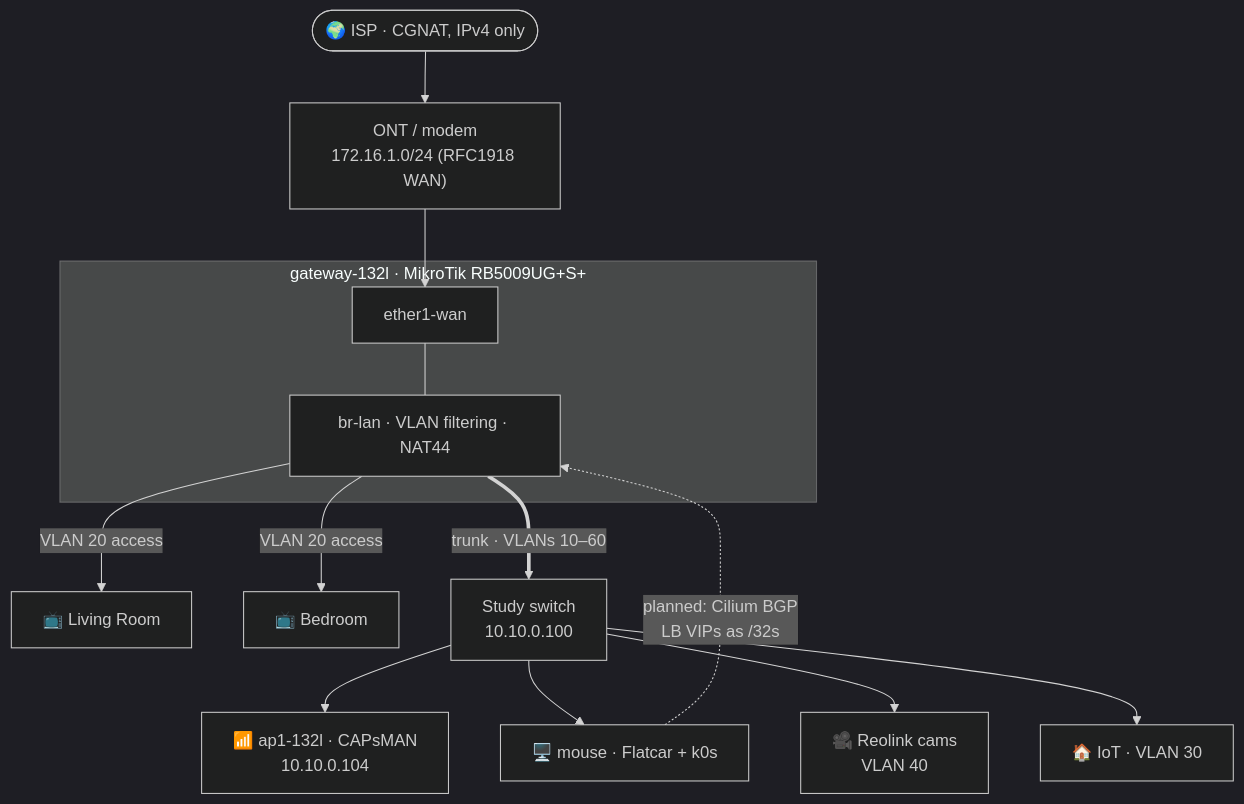
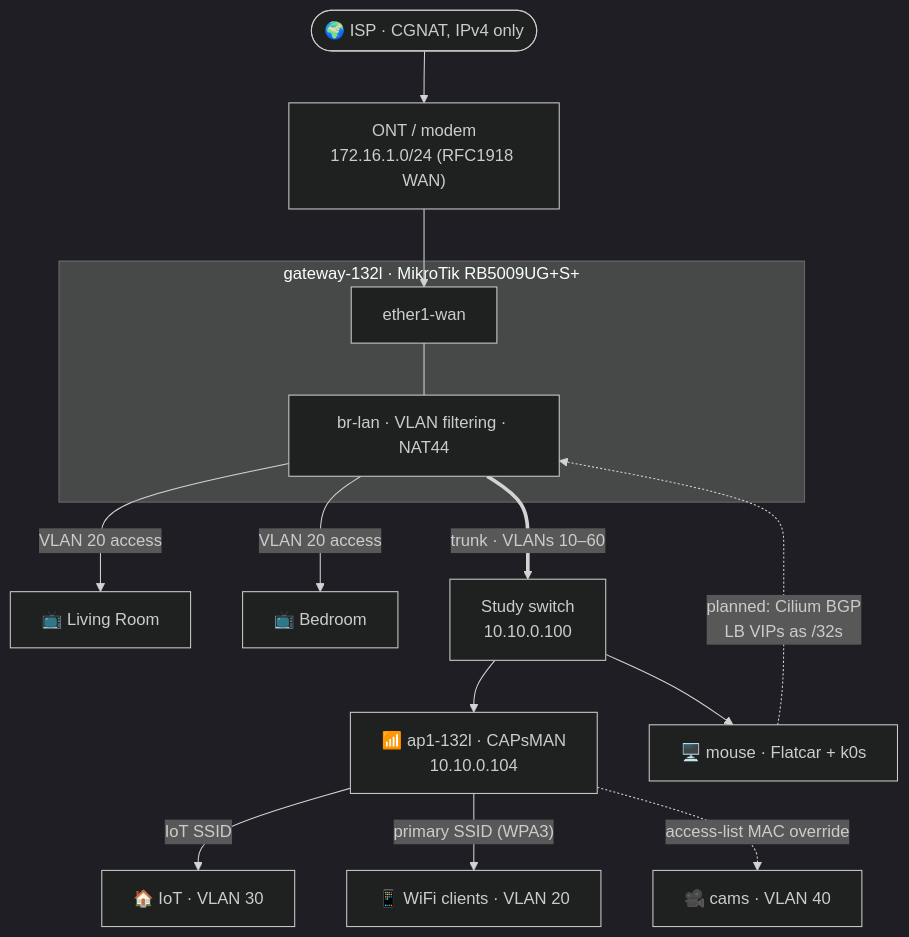
Before and after one commit to rwaltr/home-ops: the first of 2 diagrams in README.md, drawn with Mermaid (dark theme). The commit also changed other lines of this file, not shown here.

First line of the commit message:
docs: document wifi layout and MAC-based VLAN override

````diff
--- a/README.md
+++ b/README.md
@@ -93,22 +93,24 @@
 ```mermaid
 flowchart TD
     isp(["🌍 ISP · CGNAT, IPv4 only"]) --> ont["ONT / modem<br/>172.16.1.0/24 (RFC1918 WAN)"]
     ont --> wan
 
     subgraph gw["gateway-132l · MikroTik RB5009UG+S+"]
         wan["ether1-wan"]
         br["br-lan · VLAN filtering · NAT44"]
         wan --- br
     end
 
     br -- "VLAN 20 access" --> tv1["📺 Living Room"]
     br -- "VLAN 20 access" --> tv2["📺 Bedroom"]
     br == "trunk · VLANs 10–60" ==> sw["Study switch<br/>10.10.0.100"]
 
     sw --> ap["📶 ap1-132l · CAPsMAN<br/>10.10.0.104"]
     sw --> mouse["🖥️ mouse · Flatcar + k0s"]
-    sw --> cams["🎥 Reolink cams<br/>VLAN 40"]
-    sw --> iot["🏠 IoT · VLAN 30"]
+
+    ap -- "IoT SSID" --> iot["🏠 IoT · VLAN 30"]
+    ap -- "primary SSID (WPA3)" --> wificlients["📱 WiFi clients · VLAN 20"]
+    ap -. "access-list MAC override" .-> cams["🎥 cams · VLAN 40"]
 
     mouse -. "planned: Cilium BGP<br/>LB VIPs as /32s" .-> br
 ```
````
